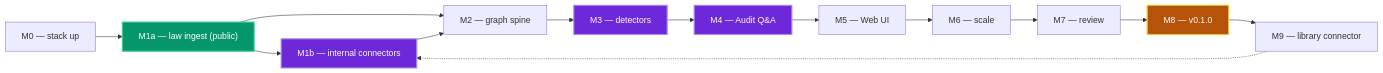
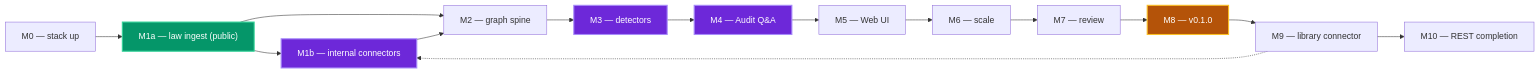
Before and after one commit to dannyota/mise: the diagram in docs/project/ROADMAP.md, drawn with Mermaid. The commit also changed other lines of this file and 26 other files, not shown here.

First line of the commit message:
feat: M10 — REST surface completion for the Web UI

````diff
--- a/docs/project/ROADMAP.md
+++ b/docs/project/ROADMAP.md
@@ -60,21 +62,22 @@
 ```mermaid
 flowchart LR
     M0["M0 — stack up"] --> M1a["M1a — law ingest (public)"]
     M1a --> M1b["M1b — internal connectors"]
     M1a --> M2["M2 — graph spine"]
     M1b --> M2
     M2 --> M3["M3 — detectors"]
     M3 --> M4["M4 — Audit Q&A"]
     M4 --> M5["M5 — Web UI"]
     M5 --> M6["M6 — scale"]
     M6 --> M7["M7 — review"]
     M7 --> M8["M8 — v0.1.0"]
     M8 --> M9["M9 — library connector"]
     M9 -.-> M1b
+    M9 --> M10["M10 — REST completion"]
     classDef gated fill:#6d28d9,stroke:#a78bfa,color:#fff,stroke-width:2px
     classDef public fill:#059669,stroke:#34d399,color:#fff,stroke-width:2px
     classDef release fill:#b45309,stroke:#fbbf24,color:#fff,stroke-width:2px
     class M1b,M3,M4 gated
     class M1a public
     class M8 release
 ```
````
